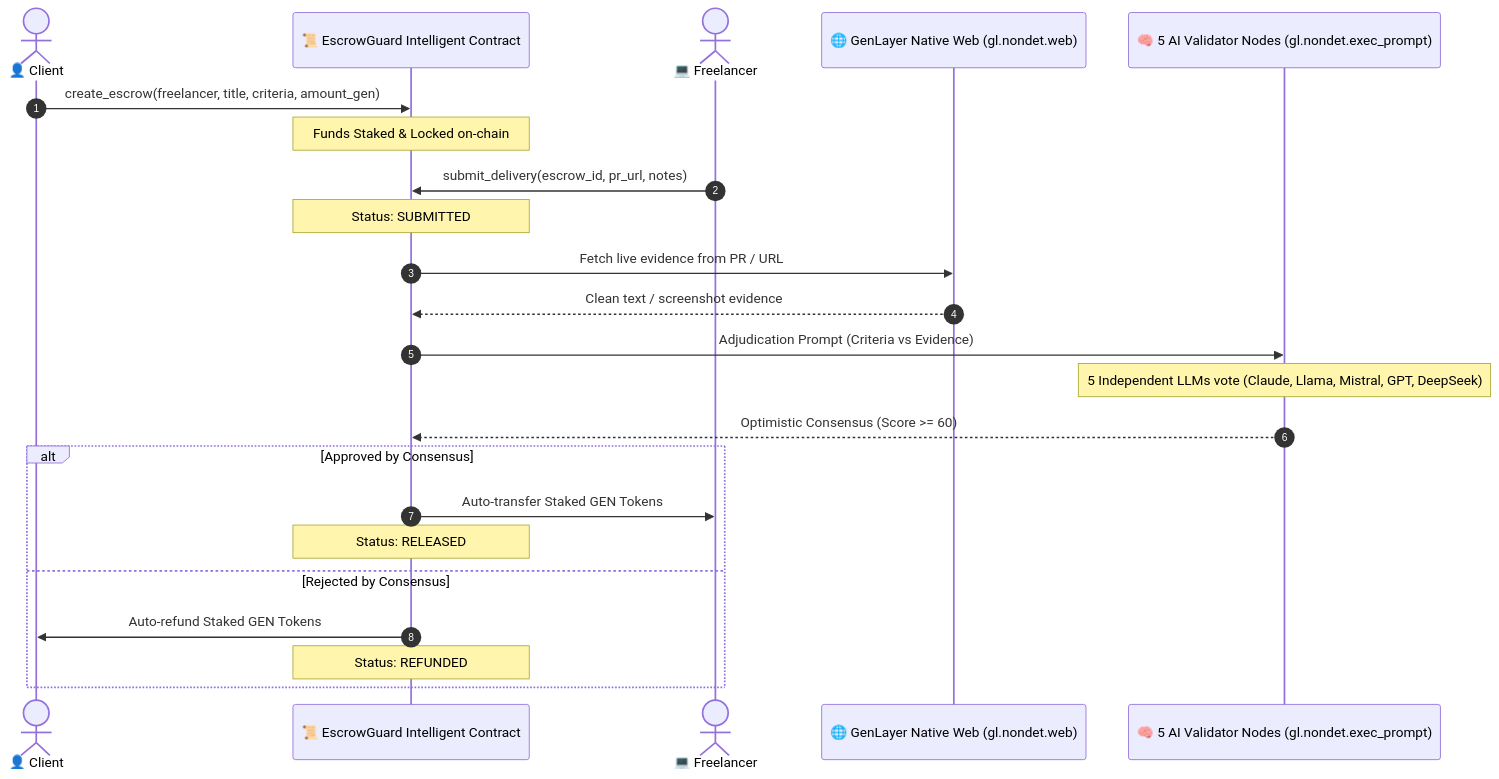
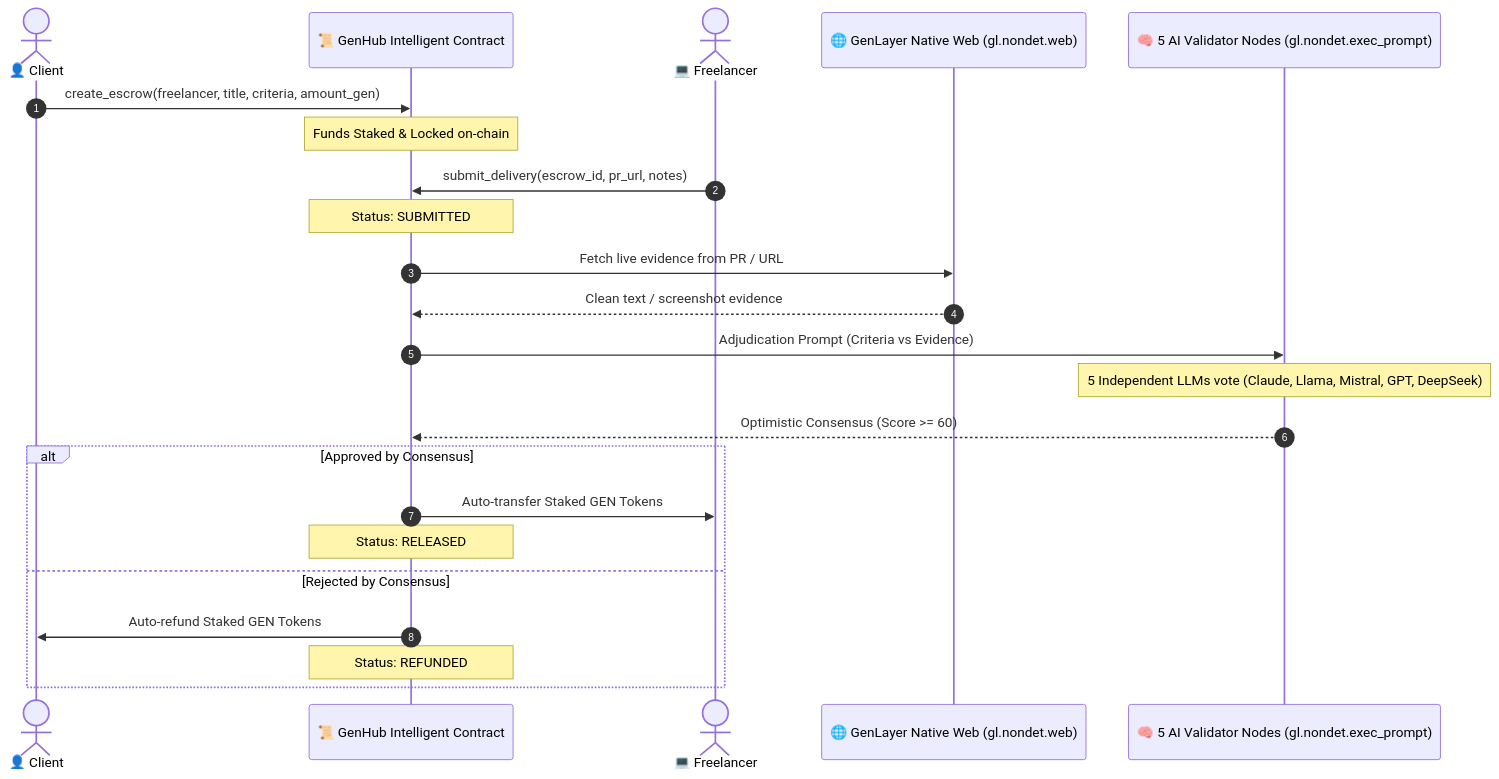
Before and after one commit to MeniyaAnil/EscrowGuard-AI: the diagram in README.md, drawn with Mermaid. The commit also changed other lines of this file and 5 other files, not shown here.

Commit message:
Rebrand project to GenHub AI to match official domain genhub-ai.vercel.app

````diff
--- a/README.md
+++ b/README.md
@@ -28,26 +28,26 @@
 ```mermaid
 sequenceDiagram
     autonumber
     actor Client as 👤 Client
-    participant Contract as 📜 EscrowGuard Intelligent Contract
+    participant Contract as 📜 GenHub Intelligent Contract
     actor Freelancer as 💻 Freelancer
     participant GenLayerWeb as 🌐 GenLayer Native Web (gl.nondet.web)
     participant Jury as 🧠 5 AI Validator Nodes (gl.nondet.exec_prompt)
 
     Client->>Contract: create_escrow(freelancer, title, criteria, amount_gen)
     Note over Contract: Funds Staked & Locked on-chain
     Freelancer->>Contract: submit_delivery(escrow_id, pr_url, notes)
     Note over Contract: Status: SUBMITTED
     Contract->>GenLayerWeb: Fetch live evidence from PR / URL
     GenLayerWeb-->>Contract: Clean text / screenshot evidence
     Contract->>Jury: Adjudication Prompt (Criteria vs Evidence)
     Note over Jury: 5 Independent LLMs vote (Claude, Llama, Mistral, GPT, DeepSeek)
     Jury-->>Contract: Optimistic Consensus (Score >= 60)
     alt Approved by Consensus
         Contract->>Freelancer: Auto-transfer Staked GEN Tokens
         Note over Contract: Status: RELEASED
     else Rejected by Consensus
         Contract->>Client: Auto-refund Staked GEN Tokens
         Note over Contract: Status: REFUNDED
     end
 ```
````
